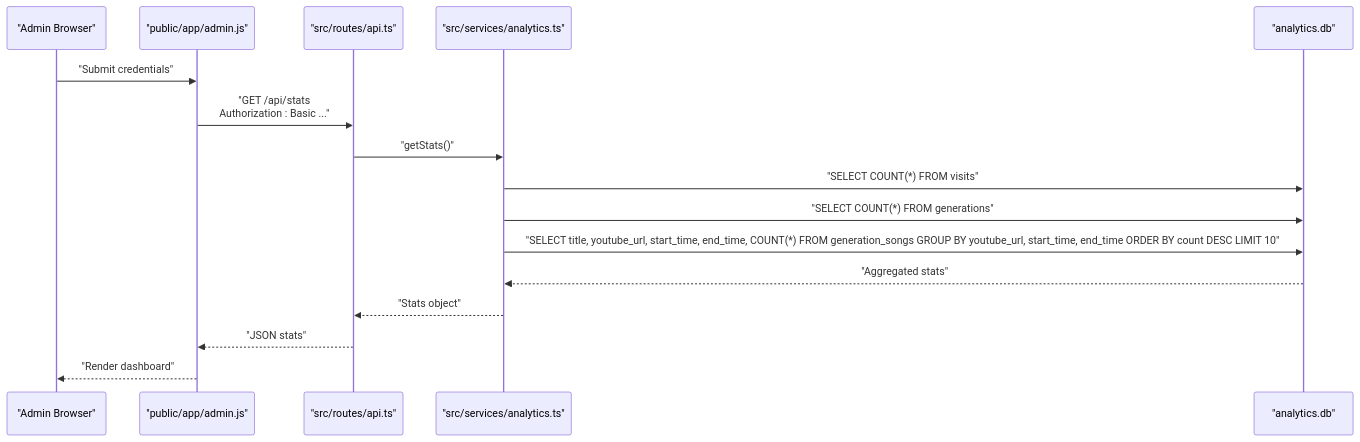
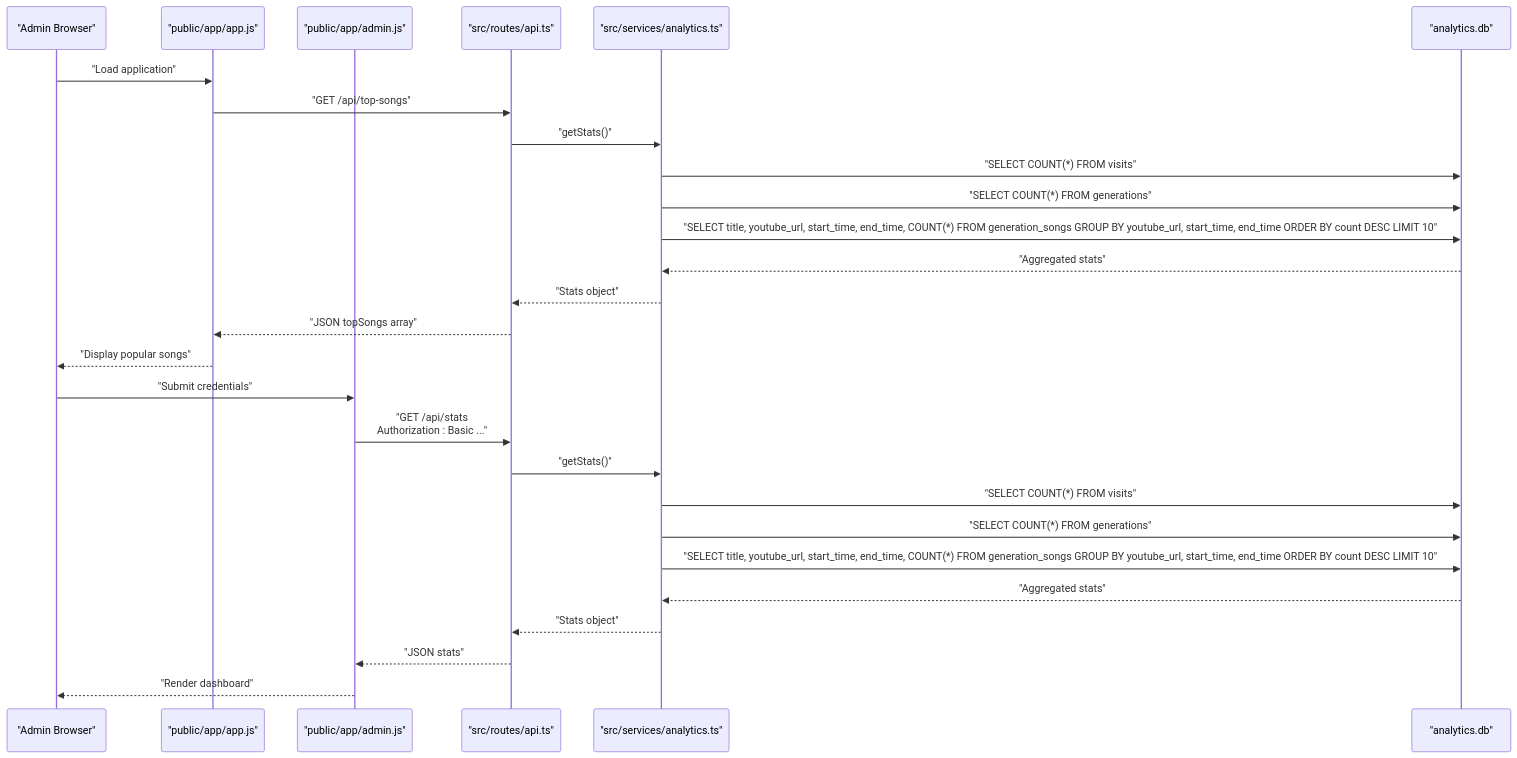
Before and after one commit to dkoukoul/kpop-random-dance-generator: the second of 3 diagrams in .qoder/repowiki/en/content/API Reference/Analytics API.md, drawn with Mermaid. The commit also changed other lines of this file and 3 other files, not shown here.

````diff
--- a/.qoder/repowiki/en/content/API Reference/Analytics API.md
+++ b/.qoder/repowiki/en/content/API Reference/Analytics API.md
@@ -100,18 +124,29 @@
 ```mermaid
 sequenceDiagram
 participant Client as "Admin Browser"
+participant AppClient as "public/app/app.js"
 participant AdminJS as "public/app/admin.js"
 participant API as "src/routes/api.ts"
 participant Analytics as "src/services/analytics.ts"
 participant DB as "analytics.db"
+Client->>AppClient : "Load application"
+AppClient->>API : "GET /api/top-songs"
+API->>Analytics : "getStats()"
+Analytics->>DB : "SELECT COUNT(*) FROM visits"
+Analytics->>DB : "SELECT COUNT(*) FROM generations"
+Analytics->>DB : "SELECT title, youtube_url, start_time, end_time, COUNT(*) FROM generation_songs GROUP BY youtube_url, start_time, end_time ORDER BY count DESC LIMIT 10"
+DB-->>Analytics : "Aggregated stats"
+Analytics-->>API : "Stats object"
+API-->>AppClient : "JSON topSongs array"
+AppClient-->>Client : "Display popular songs"
 Client->>AdminJS : "Submit credentials"
 AdminJS->>API : "GET /api/stats<br/>Authorization : Basic ..."
 API->>Analytics : "getStats()"
 Analytics->>DB : "SELECT COUNT(*) FROM visits"
 Analytics->>DB : "SELECT COUNT(*) FROM generations"
 Analytics->>DB : "SELECT title, youtube_url, start_time, end_time, COUNT(*) FROM generation_songs GROUP BY youtube_url, start_time, end_time ORDER BY count DESC LIMIT 10"
 DB-->>Analytics : "Aggregated stats"
 Analytics-->>API : "Stats object"
 API-->>AdminJS : "JSON stats"
 AdminJS-->>Client : "Render dashboard"
 ```
````
